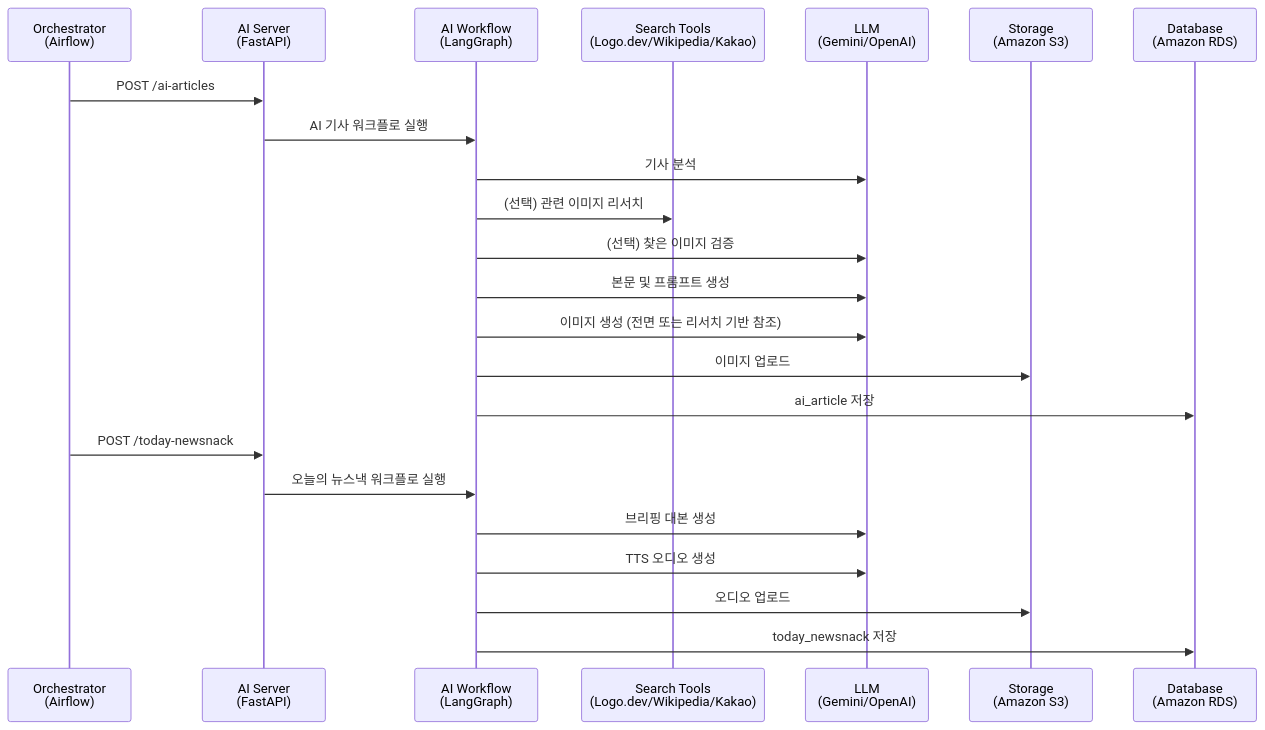
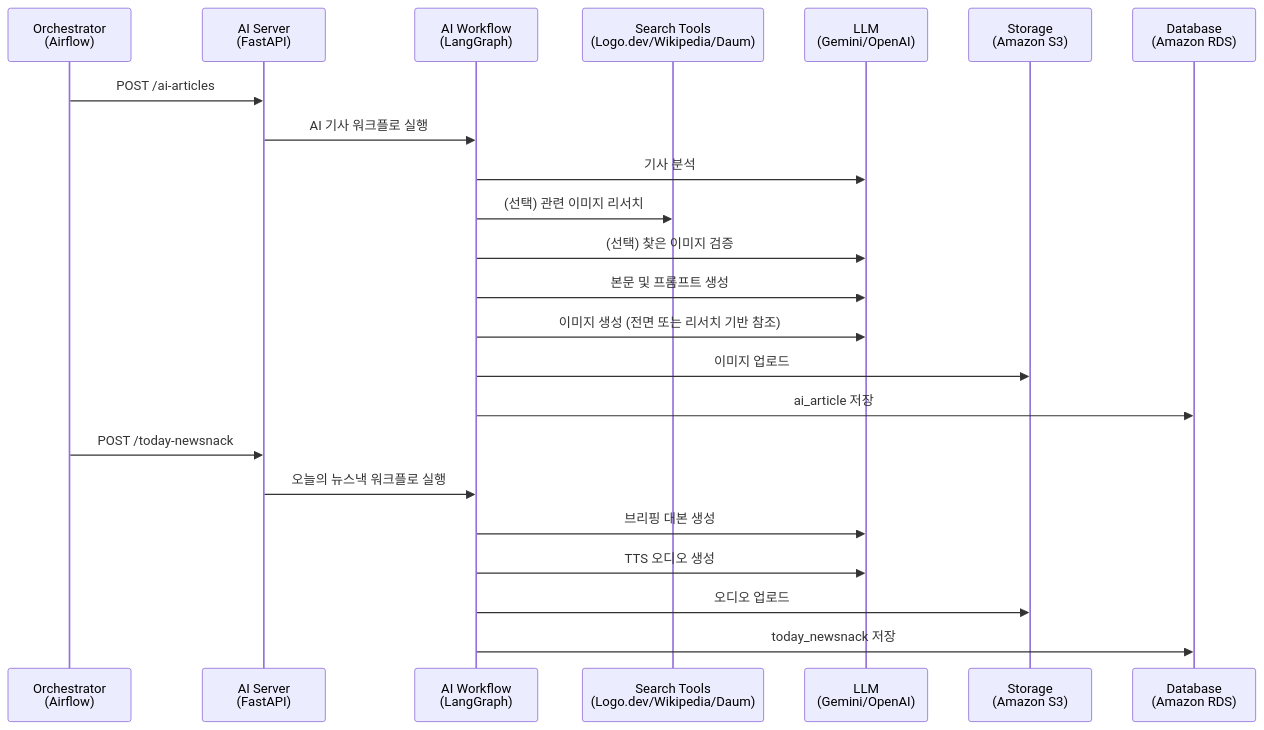
Before and after one commit to team-leekim/newsnack-ai: the first of 3 diagrams in README.md, drawn with Mermaid. The commit also changed other lines of this file and 2 other files, not shown here.

Commit message:
docs: 이미지 검색 도구 관련 설명 수정 (Kakao -> Daum)

````diff
--- a/README.md
+++ b/README.md
@@ -37,27 +37,27 @@
 ```mermaid
 sequenceDiagram
     participant Orchestrator as Orchestrator<br/>(Airflow)
     participant API as AI Server<br/>(FastAPI)
     participant Graph as AI Workflow<br/>(LangGraph)
-    participant Tools as Search Tools<br/>(Logo.dev/Wikipedia/Kakao)
+    participant Tools as Search Tools<br/>(Logo.dev/Wikipedia/Daum)
     participant LLM as LLM<br/>(Gemini/OpenAI)
     participant S3 as Storage<br/>(Amazon S3)
     participant DB as Database<br/>(Amazon RDS)
 
     Orchestrator->>API: POST /ai-articles
     API->>Graph: AI 기사 워크플로 실행
     Graph->>LLM: 기사 분석
     Graph->>Tools: (선택) 관련 이미지 리서치
     Graph->>LLM: (선택) 찾은 이미지 검증
     Graph->>LLM: 본문 및 프롬프트 생성
     Graph->>LLM: 이미지 생성 (전면 또는 리서치 기반 참조)
     Graph->>S3: 이미지 업로드
     Graph->>DB: ai_article 저장
 
     Orchestrator->>API: POST /today-newsnack
     API->>Graph: 오늘의 뉴스낵 워크플로 실행
     Graph->>LLM: 브리핑 대본 생성
     Graph->>LLM: TTS 오디오 생성
     Graph->>S3: 오디오 업로드
     Graph->>DB: today_newsnack 저장
 ```
````
